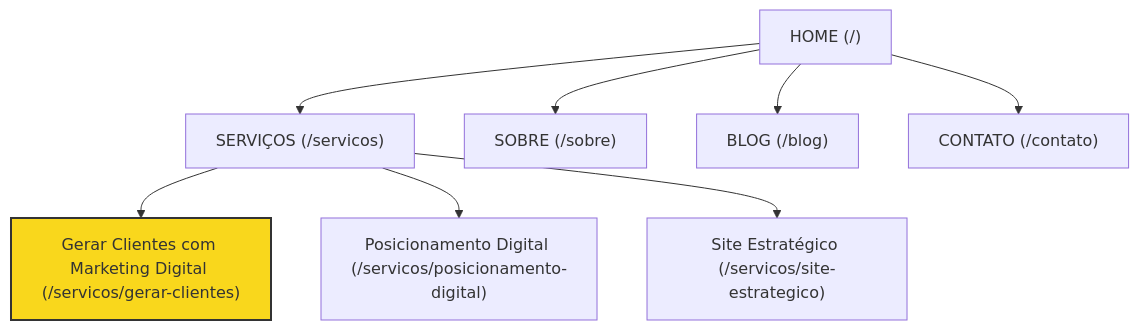
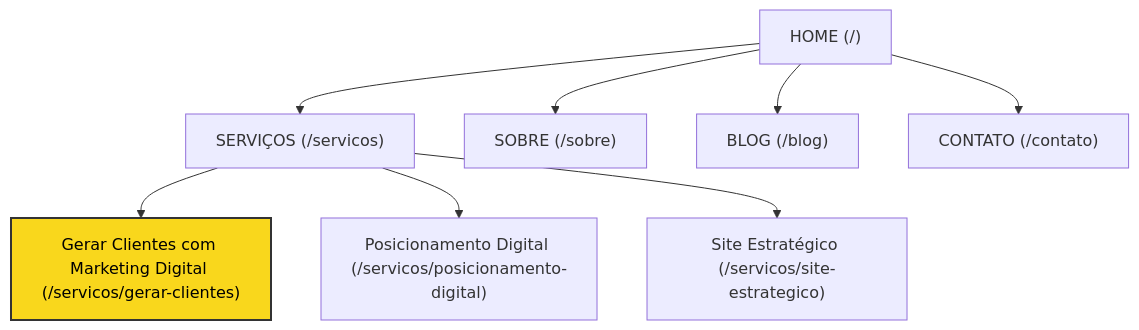
Before and after one commit to JuniorVln/ntadigital: the first of 2 diagrams in planejamento_site_nta.md, drawn with Mermaid. The commit also changed other lines of this file, not shown here.

Commit message:
docs: update planejamento site nta

````diff
--- a/planejamento_site_nta.md
+++ b/planejamento_site_nta.md
@@ -22,21 +22,21 @@
 ```mermaid
 graph TD
     HOME["HOME (/)"]
     SERVICOS["SERVIÇOS (/servicos)"]
     GERAR["Gerar Clientes com Marketing Digital (/servicos/gerar-clientes)"]
     POSICIONAMENTO["Posicionamento Digital (/servicos/posicionamento-digital)"]
     SITE["Site Estratégico (/servicos/site-estrategico)"]
     SOBRE["SOBRE (/sobre)"]
     BLOG["BLOG (/blog)"]
     CONTATO["CONTATO (/contato)"]
 
     HOME --> SERVICOS
     SERVICOS --> GERAR
     SERVICOS --> POSICIONAMENTO
     SERVICOS --> SITE
     HOME --> SOBRE
     HOME --> BLOG
     HOME --> CONTATO
 
-    style GERAR fill:#f9d71c,stroke:#333,stroke-width:2px
+    style GERAR fill:#f9d71c,stroke:#333,stroke-width:2px,color:#000
 ```
````
